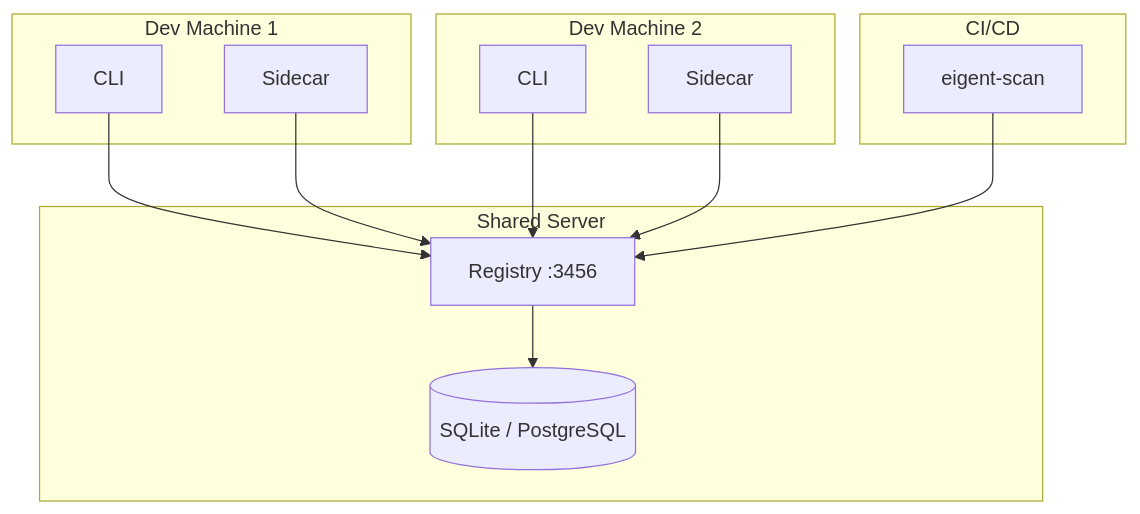
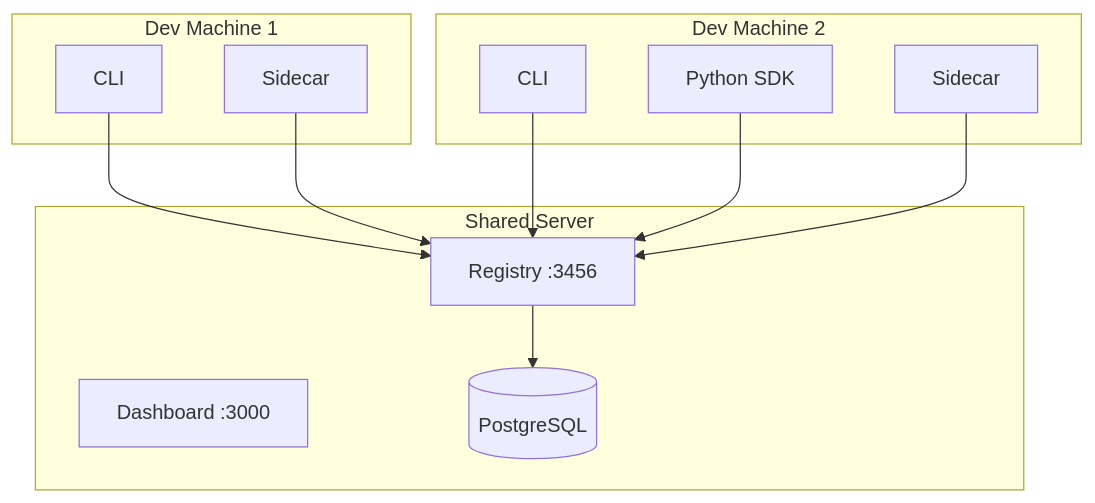
One commit to saichandrasekhar/Eigent changed the fifth of 6 diagrams in mkdocs-docs/architecture/system-design.md. Above: the diagram before and after it, drawn with Mermaid. The commit also changed other lines of this file and 13 other files, not shown here.

````diff
--- a/mkdocs-docs/architecture/system-design.md
+++ b/mkdocs-docs/architecture/system-design.md
@@ -277,23 +365,21 @@
 ```mermaid
 graph TB
     subgraph "Shared Server"
         Registry[Registry :3456]
-        DB[(SQLite / PostgreSQL)]
+        Dashboard[Dashboard :3000]
+        DB[(PostgreSQL)]
     end
 
     subgraph "Dev Machine 1"
         CLI1[CLI] --> Registry
         Sidecar1[Sidecar] --> Registry
     end
 
     subgraph "Dev Machine 2"
         CLI2[CLI] --> Registry
+        PySdk[Python SDK] --> Registry
         Sidecar2[Sidecar] --> Registry
-    end
-
-    subgraph "CI/CD"
-        Scanner[eigent-scan] --> Registry
     end
 
     Registry --> DB
 ```
````
